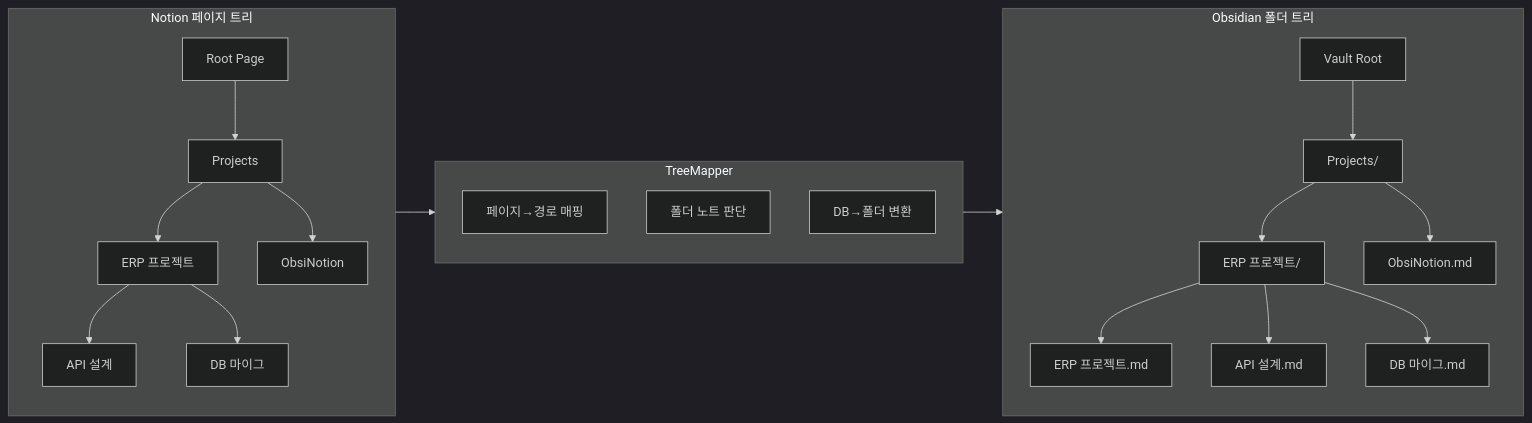
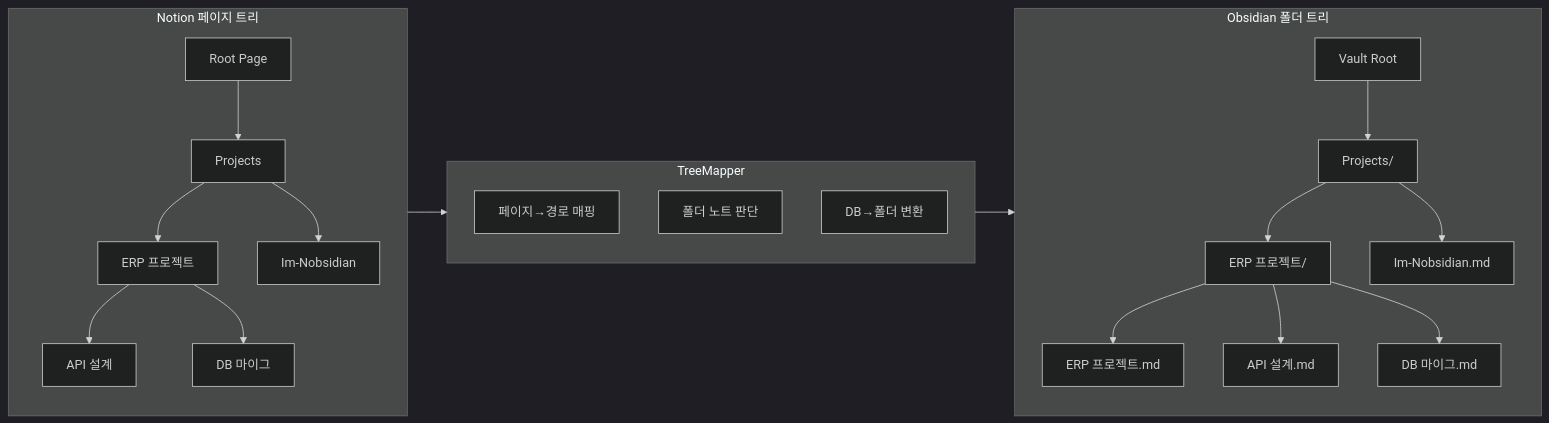
The sixth of 7 diagrams in docs/02-architecture/SYSTEM_ARCHITECTURE.md (JaylenAI/Im-Nobsidian), drawn with Mermaid (dark theme) before and after one commit. The commit also changed other lines of this file and 97 other files, not shown here.

````diff
--- a/docs/02-architecture/SYSTEM_ARCHITECTURE.md
+++ b/docs/02-architecture/SYSTEM_ARCHITECTURE.md
@@ -456,30 +456,30 @@
 ```mermaid
 flowchart LR
     subgraph Notion["Notion 페이지 트리"]
         NR[Root Page]
         NR --> NP1[Projects]
         NP1 --> NE[ERP 프로젝트]
         NE --> NA[API 설계]
         NE --> ND[DB 마이그]
-        NP1 --> NO[ObsiNotion]
+        NP1 --> NO[Im-Nobsidian]
     end
 
     subgraph Map["TreeMapper"]
         direction TB
         M1["페이지→경로 매핑"]
         M2["폴더 노트 판단"]
         M3["DB→폴더 변환"]
     end
 
     subgraph Obsidian["Obsidian 폴더 트리"]
         OR[Vault Root]
         OR --> OP1[Projects/]
         OP1 --> OE[ERP 프로젝트/]
         OE --> OEN[ERP 프로젝트.md]
         OE --> OA[API 설계.md]
         OE --> OD[DB 마이그.md]
-        OP1 --> OO[ObsiNotion.md]
+        OP1 --> OO[Im-Nobsidian.md]
     end
 
     Notion --> Map --> Obsidian
 ```
````
